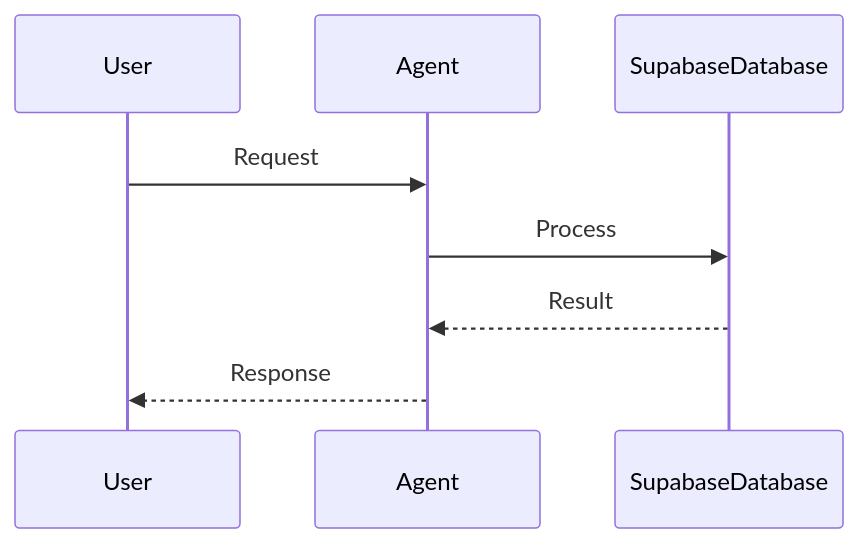
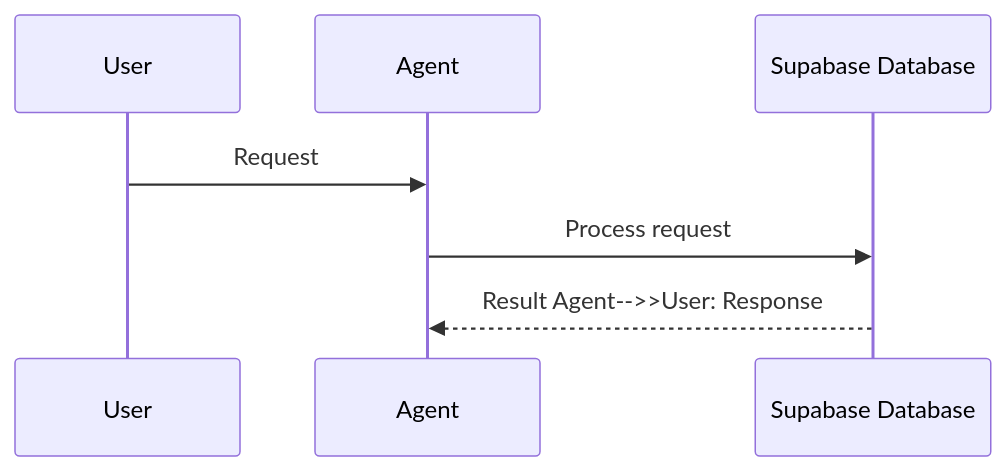
The second of 2 diagrams in docs/features/supabase.mdx (MervinPraison/PraisonAIDocs), drawn with Mermaid before and after one commit. The commit also changed 204 other files, not shown here.

First line of the commit message:
docs: align feature/tool pages with AGENTS.md hero + sequence + import standards (fixes #1775)

````diff
--- a/docs/features/supabase.mdx
+++ b/docs/features/supabase.mdx
@@ -58,11 +58,10 @@
 ```mermaid
 sequenceDiagram
     participant User
     participant Agent
-    participant SupabaseDatabase
+    participant Feature as Supabase Database
 
     User->>Agent: Request
-    Agent->>SupabaseDatabase: Process
-    SupabaseDatabase-->>Agent: Result
-    Agent-->>User: Response
+    Agent->>Feature: Process request
+    Feature-->>Agent: Result    Agent-->>User: Response
 ```
````
